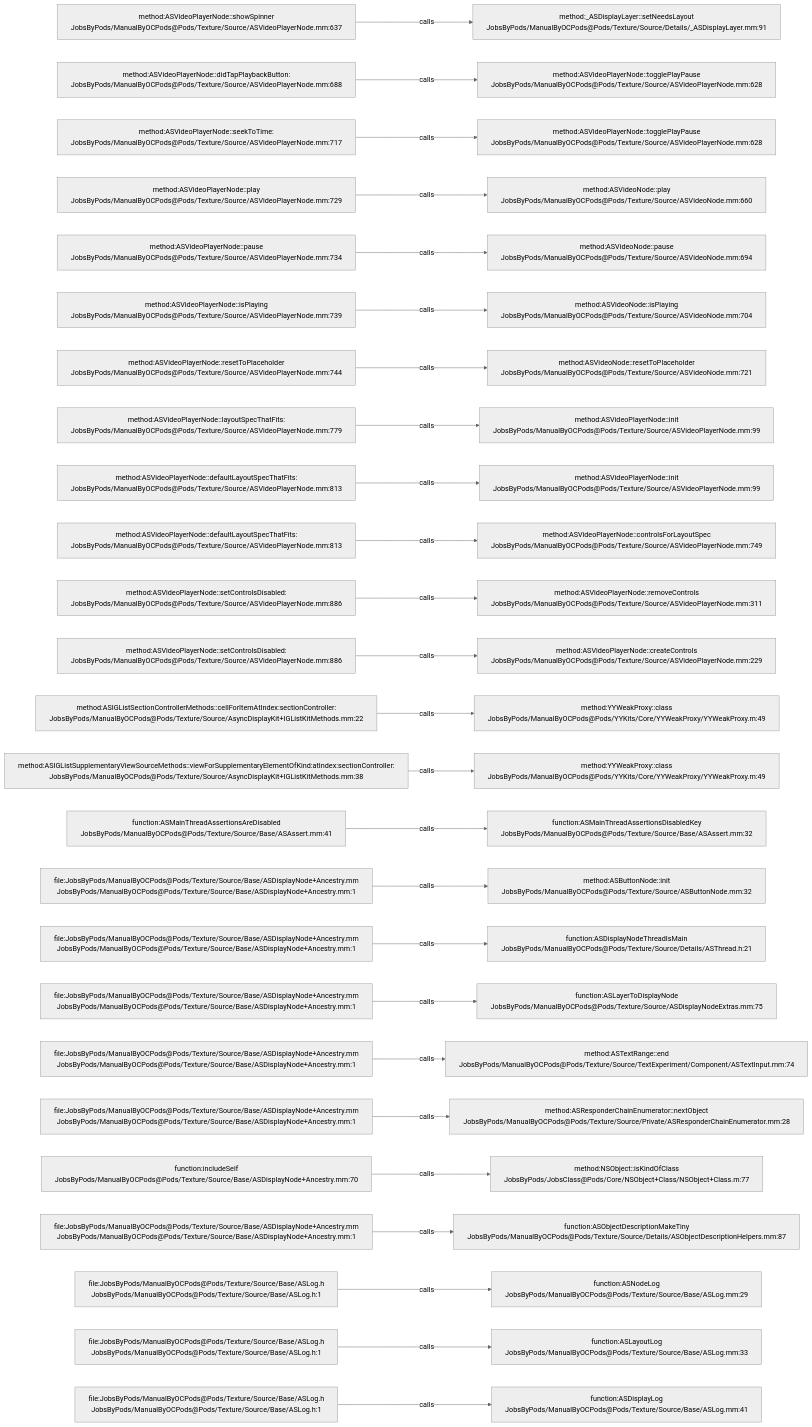
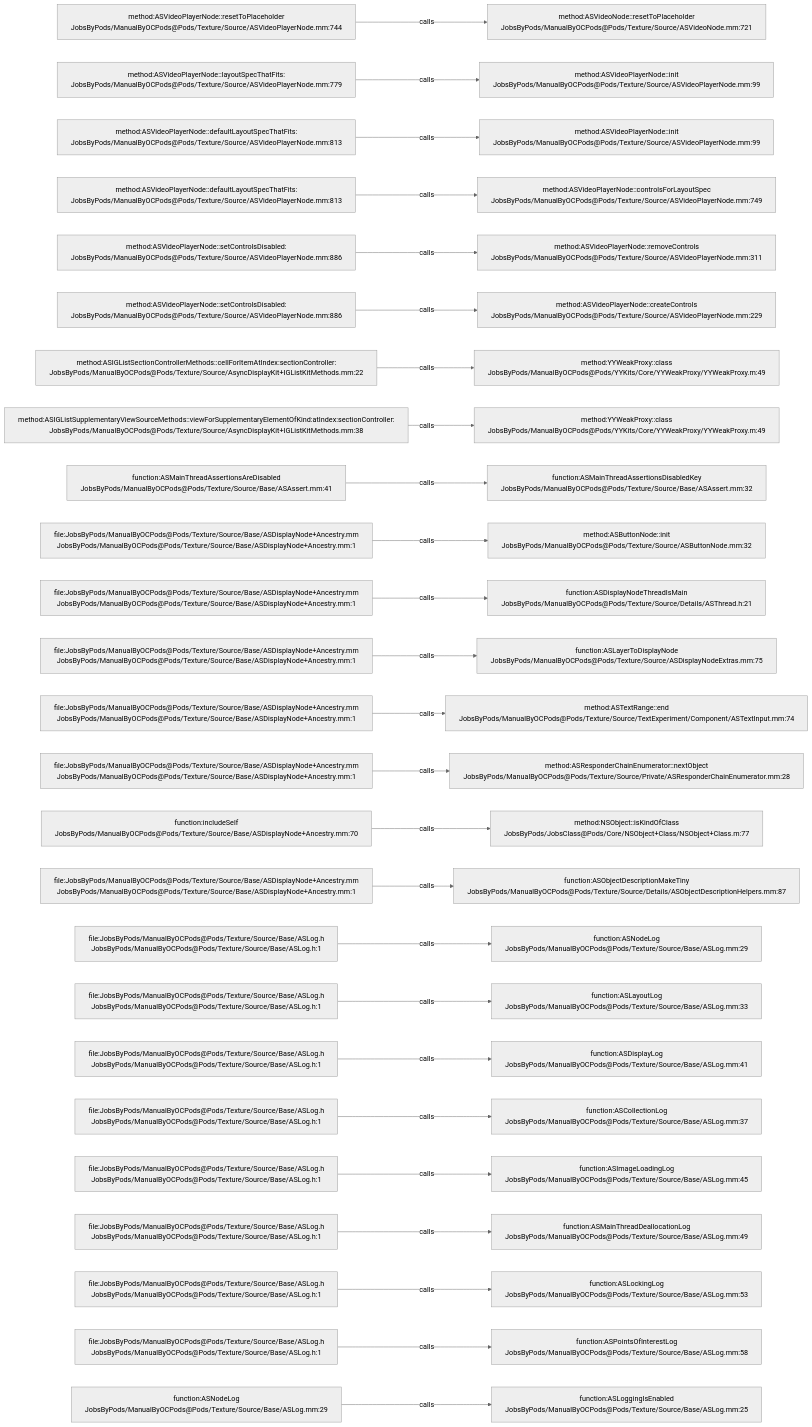
Before and after one commit to JobsKits/JobsOCBaseConfigDemo: the diagram in .codegraph/codegraph.md/graphs/calls-139.md, drawn with Mermaid (neutral theme). The commit also changed 666 other files, not shown here.

````diff
--- a/.codegraph/codegraph.md/graphs/calls-139.md
+++ b/.codegraph/codegraph.md/graphs/calls-139.md
@@ -13,78 +13,78 @@
 ```mermaid
 flowchart LR
-  S1["method:ASVideoPlayerNode::showSpinner<br/>JobsByPods/ManualByOCPods@Pods/Texture/Source/ASVideoPlayerNode.mm:637"]
-  T1["method:_ASDisplayLayer::setNeedsLayout<br/>JobsByPods/ManualByOCPods@Pods/Texture/Source/Details/_ASDisplayLayer.mm:91"]
+  S1["method:ASVideoPlayerNode::resetToPlaceholder<br/>JobsByPods/ManualByOCPods@Pods/Texture/Source/ASVideoPlayerNode.mm:744"]
+  T1["method:ASVideoNode::resetToPlaceholder<br/>JobsByPods/ManualByOCPods@Pods/Texture/Source/ASVideoNode.mm:721"]
   S1 -->|calls| T1
-  S2["method:ASVideoPlayerNode::didTapPlaybackButton:<br/>JobsByPods/ManualByOCPods@Pods/Texture/Source/ASVideoPlayerNode.mm:688"]
-  T2["method:ASVideoPlayerNode::togglePlayPause<br/>JobsByPods/ManualByOCPods@Pods/Texture/Source/ASVideoPlayerNode.mm:628"]
+  S2["method:ASVideoPlayerNode::layoutSpecThatFits:<br/>JobsByPods/ManualByOCPods@Pods/Texture/Source/ASVideoPlayerNode.mm:779"]
+  T2["method:ASVideoPlayerNode::init<br/>JobsByPods/ManualByOCPods@Pods/Texture/Source/ASVideoPlayerNode.mm:99"]
   S2 -->|calls| T2
-  S3["method:ASVideoPlayerNode::seekToTime:<br/>JobsByPods/ManualByOCPods@Pods/Texture/Source/ASVideoPlayerNode.mm:717"]
-  T3["method:ASVideoPlayerNode::togglePlayPause<br/>JobsByPods/ManualByOCPods@Pods/Texture/Source/ASVideoPlayerNode.mm:628"]
+  S3["method:ASVideoPlayerNode::defaultLayoutSpecThatFits:<br/>JobsByPods/ManualByOCPods@Pods/Texture/Source/ASVideoPlayerNode.mm:813"]
+  T3["method:ASVideoPlayerNode::init<br/>JobsByPods/ManualByOCPods@Pods/Texture/Source/ASVideoPlayerNode.mm:99"]
   S3 -->|calls| T3
-  S4["method:ASVideoPlayerNode::play<br/>JobsByPods/ManualByOCPods@Pods/Texture/Source/ASVideoPlayerNode.mm:729"]
-  T4["method:ASVideoNode::play<br/>JobsByPods/ManualByOCPods@Pods/Texture/Source/ASVideoNode.mm:660"]
+  S4["method:ASVideoPlayerNode::defaultLayoutSpecThatFits:<br/>JobsByPods/ManualByOCPods@Pods/Texture/Source/ASVideoPlayerNode.mm:813"]
+  T4["method:ASVideoPlayerNode::controlsForLayoutSpec<br/>JobsByPods/ManualByOCPods@Pods/Texture/Source/ASVideoPlayerNode.mm:749"]
   S4 -->|calls| T4
-  S5["method:ASVideoPlayerNode::pause<br/>JobsByPods/ManualByOCPods@Pods/Texture/Source/ASVideoPlayerNode.mm:734"]
-  T5["method:ASVideoNode::pause<br/>JobsByPods/ManualByOCPods@Pods/Texture/Source/ASVideoNode.mm:694"]
+  S5["method:ASVideoPlayerNode::setControlsDisabled:<br/>JobsByPods/ManualByOCPods@Pods/Texture/Source/ASVideoPlayerNode.mm:886"]
+  T5["method:ASVideoPlayerNode::removeControls<br/>JobsByPods/ManualByOCPods@Pods/Texture/Source/ASVideoPlayerNode.mm:311"]
   S5 -->|calls| T5
-  S6["method:ASVideoPlayerNode::isPlaying<br/>JobsByPods/ManualByOCPods@Pods/Texture/Source/ASVideoPlayerNode.mm:739"]
-  T6["method:ASVideoNode::isPlaying<br/>JobsByPods/ManualByOCPods@Pods/Texture/Source/ASVideoNode.mm:704"]
+  S6["method:ASVideoPlayerNode::setControlsDisabled:<br/>JobsByPods/ManualByOCPods@Pods/Texture/Source/ASVideoPlayerNode.mm:886"]
+  T6["method:ASVideoPlayerNode::createControls<br/>JobsByPods/ManualByOCPods@Pods/Texture/Source/ASVideoPlayerNode.mm:229"]
   S6 -->|calls| T6
-  S7["method:ASVideoPlayerNode::resetToPlaceholder<br/>JobsByPods/ManualByOCPods@Pods/Texture/Source/ASVideoPlayerNode.mm:744"]
-  T7["method:ASVideoNode::resetToPlaceholder<br/>JobsByPods/ManualByOCPods@Pods/Texture/Source/ASVideoNode.mm:721"]
+  S7["method:ASIGListSectionControllerMethods::cellForItemAtIndex:sectionController:<br/>JobsByPods/ManualByOCPods@Pods/Texture/Source/AsyncDisplayKit+IGListKitMethods.mm:22"]
+  T7["method:YYWeakProxy::class<br/>JobsByPods/ManualByOCPods@Pods/YYKits/Core/YYWeakProxy/YYWeakProxy.m:49"]
   S7 -->|calls| T7
-  S8["method:ASVideoPlayerNode::layoutSpecThatFits:<br/>JobsByPods/ManualByOCPods@Pods/Texture/Source/ASVideoPlayerNode.mm:779"]
-  T8["method:ASVideoPlayerNode::init<br/>JobsByPods/ManualByOCPods@Pods/Texture/Source/ASVideoPlayerNode.mm:99"]
+  S8["method:ASIGListSupplementaryViewSourceMethods::viewForSupplementaryElementOfKind:atIndex:sectionController:<br/>JobsByPods/ManualByOCPods@Pods/Texture/Source/AsyncDisplayKit+IGListKitMethods.mm:38"]
+  T8["method:YYWeakProxy::class<br/>JobsByPods/ManualByOCPods@Pods/YYKits/Core/YYWeakProxy/YYWeakProxy.m:49"]
   S8 -->|calls| T8
-  S9["method:ASVideoPlayerNode::defaultLayoutSpecThatFits:<br/>JobsByPods/ManualByOCPods@Pods/Texture/Source/ASVideoPlayerNode.mm:813"]
-  T9["method:ASVideoPlayerNode::init<br/>JobsByPods/ManualByOCPods@Pods/Texture/Source/ASVideoPlayerNode.mm:99"]
+  S9["function:ASMainThreadAssertionsAreDisabled<br/>JobsByPods/ManualByOCPods@Pods/Texture/Source/Base/ASAssert.mm:41"]
+  T9["function:ASMainThreadAssertionsDisabledKey<br/>JobsByPods/ManualByOCPods@Pods/Texture/Source/Base/ASAssert.mm:32"]
   S9 -->|calls| T9
-  S10["method:ASVideoPlayerNode::defaultLayoutSpecThatFits:<br/>JobsByPods/ManualByOCPods@Pods/Texture/Source/ASVideoPlayerNode.mm:813"]
-  T10["method:ASVideoPlayerNode::controlsForLayoutSpec<br/>JobsByPods/ManualByOCPods@Pods/Texture/Source/ASVideoPlayerNode.mm:749"]
+  S10["file:JobsByPods/ManualByOCPods@Pods/Texture/Source/Base/ASDisplayNode+Ancestry.mm<br/>JobsByPods/ManualByOCPods@Pods/Texture/Source/Base/ASDisplayNode+Ancestry.mm:1"]
+  T10["method:ASButtonNode::init<br/>JobsByPods/ManualByOCPods@Pods/Texture/Source/ASButtonNode.mm:32"]
   S10 -->|calls| T10
-  S11["method:ASVideoPlayerNode::setControlsDisabled:<br/>JobsByPods/ManualByOCPods@Pods/Texture/Source/ASVideoPlayerNode.mm:886"]
-  T11["method:ASVideoPlayerNode::removeControls<br/>JobsByPods/ManualByOCPods@Pods/Texture/Source/ASVideoPlayerNode.mm:311"]
+  S11["file:JobsByPods/ManualByOCPods@Pods/Texture/Source/Base/ASDisplayNode+Ancestry.mm<br/>JobsByPods/ManualByOCPods@Pods/Texture/Source/Base/ASDisplayNode+Ancestry.mm:1"]
+  T11["function:ASDisplayNodeThreadIsMain<br/>JobsByPods/ManualByOCPods@Pods/Texture/Source/Details/ASThread.h:21"]
   S11 -->|calls| T11
-  S12["method:ASVideoPlayerNode::setControlsDisabled:<br/>JobsByPods/ManualByOCPods@Pods/Texture/Source/ASVideoPlayerNode.mm:886"]
-  T12["method:ASVideoPlayerNode::createControls<br/>JobsByPods/ManualByOCPods@Pods/Texture/Source/ASVideoPlayerNode.mm:229"]
+  S12["file:JobsByPods/ManualByOCPods@Pods/Texture/Source/Base/ASDisplayNode+Ancestry.mm<br/>JobsByPods/ManualByOCPods@Pods/Texture/Source/Base/ASDisplayNode+Ancestry.mm:1"]
+  T12["function:ASLayerToDisplayNode<br/>JobsByPods/ManualByOCPods@Pods/Texture/Source/ASDisplayNodeExtras.mm:75"]
   S12 -->|calls| T12
-  S13["method:ASIGListSectionControllerMethods::cellForItemAtIndex:sectionController:<br/>JobsByPods/ManualByOCPods@Pods/Texture/Source/AsyncDisplayKit+IGListKitMethods.mm:22"]
-  T13["method:YYWeakProxy::class<br/>JobsByPods/ManualByOCPods@Pods/YYKits/Core/YYWeakProxy/YYWeakProxy.m:49"]
+  S13["file:JobsByPods/ManualByOCPods@Pods/Texture/Source/Base/ASDisplayNode+Ancestry.mm<br/>JobsByPods/ManualByOCPods@Pods/Texture/Source/Base/ASDisplayNode+Ancestry.mm:1"]
+  T13["method:ASTextRange::end<br/>JobsByPods/ManualByOCPods@Pods/Texture/Source/TextExperiment/Component/ASTextInput.mm:74"]
   S13 -->|calls| T13
-  S14["method:ASIGListSupplementaryViewSourceMethods::viewForSupplementaryElementOfKind:atIndex:sectionController:<br/>JobsByPods/ManualByOCPods@Pods/Texture/Source/AsyncDisplayKit+IGListKitMethods.mm:38"]
-  T14["method:YYWeakProxy::class<br/>JobsByPods/ManualByOCPods@Pods/YYKits/Core/YYWeakProxy/YYWeakProxy.m:49"]
+  S14["file:JobsByPods/ManualByOCPods@Pods/Texture/Source/Base/ASDisplayNode+Ancestry.mm<br/>JobsByPods/ManualByOCPods@Pods/Texture/Source/Base/ASDisplayNode+Ancestry.mm:1"]
+  T14["method:ASResponderChainEnumerator::nextObject<br/>JobsByPods/ManualByOCPods@Pods/Texture/Source/Private/ASResponderChainEnumerator.mm:28"]
   S14 -->|calls| T14
-  S15["function:ASMainThreadAssertionsAreDisabled<br/>JobsByPods/ManualByOCPods@Pods/Texture/Source/Base/ASAssert.mm:41"]
-  T15["function:ASMainThreadAssertionsDisabledKey<br/>JobsByPods/ManualByOCPods@Pods/Texture/Source/Base/ASAssert.mm:32"]
+  S15["function:includeSelf<br/>JobsByPods/ManualByOCPods@Pods/Texture/Source/Base/ASDisplayNode+Ancestry.mm:70"]
+  T15["method:NSObject::isKindOfClass<br/>JobsByPods/JobsClass@Pods/Core/NSObject+Class/NSObject+Class.m:77"]
   S15 -->|calls| T15
   S16["file:JobsByPods/ManualByOCPods@Pods/Texture/Source/Base/ASDisplayNode+Ancestry.mm<br/>JobsByPods/ManualByOCPods@Pods/Texture/Source/Base/ASDisplayNode+Ancestry.mm:1"]
-  T16["method:ASButtonNode::init<br/>JobsByPods/ManualByOCPods@Pods/Texture/Source/ASButtonNode.mm:32"]
+  T16["function:ASObjectDescriptionMakeTiny<br/>JobsByPods/ManualByOCPods@Pods/Texture/Source/Details/ASObjectDescriptionHelpers.mm:87"]
   S16 -->|calls| T16
-  S17["file:JobsByPods/ManualByOCPods@Pods/Texture/Source/Base/ASDisplayNode+Ancestry.mm<br/>JobsByPods/ManualByOCPods@Pods/Texture/Source/Base/ASDisplayNode+Ancestry.mm:1"]
-  T17["function:ASDisplayNodeThreadIsMain<br/>JobsByPods/ManualByOCPods@Pods/Texture/Source/Details/ASThread.h:21"]
+  S17["file:JobsByPods/ManualByOCPods@Pods/Texture/Source/Base/ASLog.h<br/>JobsByPods/ManualByOCPods@Pods/Texture/Source/Base/ASLog.h:1"]
+  T17["function:ASNodeLog<br/>JobsByPods/ManualByOCPods@Pods/Texture/Source/Base/ASLog.mm:29"]
   S17 -->|calls| T17
-  S18["file:JobsByPods/ManualByOCPods@Pods/Texture/Source/Base/ASDisplayNode+Ancestry.mm<br/>JobsByPods/ManualByOCPods@Pods/Texture/Source/Base/ASDisplayNode+Ancestry.mm:1"]
-  T18["function:ASLayerToDisplayNode<br/>JobsByPods/ManualByOCPods@Pods/Texture/Source/ASDisplayNodeExtras.mm:75"]
+  S18["file:JobsByPods/ManualByOCPods@Pods/Texture/Source/Base/ASLog.h<br/>JobsByPods/ManualByOCPods@Pods/Texture/Source/Base/ASLog.h:1"]
+  T18["function:ASLayoutLog<br/>JobsByPods/ManualByOCPods@Pods/Texture/Source/Base/ASLog.mm:33"]
   S18 -->|calls| T18
-  S19["file:JobsByPods/ManualByOCPods@Pods/Texture/Source/Base/ASDisplayNode+Ancestry.mm<br/>JobsByPods/ManualByOCPods@Pods/Texture/Source/Base/ASDisplayNode+Ancestry.mm:1"]
-  T19["method:ASTextRange::end<br/>JobsByPods/ManualByOCPods@Pods/Texture/Source/TextExperiment/Component/ASTextInput.mm:74"]
+  S19["file:JobsByPods/ManualByOCPods@Pods/Texture/Source/Base/ASLog.h<br/>JobsByPods/ManualByOCPods@Pods/Texture/Source/Base/ASLog.h:1"]
+  T19["function:ASDisplayLog<br/>JobsByPods/ManualByOCPods@Pods/Texture/Source/Base/ASLog.mm:41"]
   S19 -->|calls| T19
-  S20["file:JobsByPods/ManualByOCPods@Pods/Texture/Source/Base/ASDisplayNode+Ancestry.mm<br/>JobsByPods/ManualByOCPods@Pods/Texture/Source/Base/ASDisplayNode+Ancestry.mm:1"]
-  T20["method:ASResponderChainEnumerator::nextObject<br/>JobsByPods/ManualByOCPods@Pods/Texture/Source/Private/ASResponderChainEnumerator.mm:28"]
+  S20["file:JobsByPods/ManualByOCPods@Pods/Texture/Source/Base/ASLog.h<br/>JobsByPods/ManualByOCPods@Pods/Texture/Source/Base/ASLog.h:1"]
+  T20["function:ASCollectionLog<br/>JobsByPods/ManualByOCPods@Pods/Texture/Source/Base/ASLog.mm:37"]
   S20 -->|calls| T20
-  S21["function:includeSelf<br/>JobsByPods/ManualByOCPods@Pods/Texture/Source/Base/ASDisplayNode+Ancestry.mm:70"]
-  T21["method:NSObject::isKindOfClass<br/>JobsByPods/JobsClass@Pods/Core/NSObject+Class/NSObject+Class.m:77"]
+  S21["file:JobsByPods/ManualByOCPods@Pods/Texture/Source/Base/ASLog.h<br/>JobsByPods/ManualByOCPods@Pods/Texture/Source/Base/ASLog.h:1"]
+  T21["function:ASImageLoadingLog<br/>JobsByPods/ManualByOCPods@Pods/Texture/Source/Base/ASLog.mm:45"]
   S21 -->|calls| T21
-  S22["file:JobsByPods/ManualByOCPods@Pods/Texture/Source/Base/ASDisplayNode+Ancestry.mm<br/>JobsByPods/ManualByOCPods@Pods/Texture/Source/Base/ASDisplayNode+Ancestry.mm:1"]
-  T22["function:ASObjectDescriptionMakeTiny<br/>JobsByPods/ManualByOCPods@Pods/Texture/Source/Details/ASObjectDescriptionHelpers.mm:87"]
+  S22["file:JobsByPods/ManualByOCPods@Pods/Texture/Source/Base/ASLog.h<br/>JobsByPods/ManualByOCPods@Pods/Texture/Source/Base/ASLog.h:1"]
+  T22["function:ASMainThreadDeallocationLog<br/>JobsByPods/ManualByOCPods@Pods/Texture/Source/Base/ASLog.mm:49"]
   S22 -->|calls| T22
   S23["file:JobsByPods/ManualByOCPods@Pods/Texture/Source/Base/ASLog.h<br/>JobsByPods/ManualByOCPods@Pods/Texture/Source/Base/ASLog.h:1"]
-  T23["function:ASNodeLog<br/>JobsByPods/ManualByOCPods@Pods/Texture/Source/Base/ASLog.mm:29"]
+  T23["function:ASLockingLog<br/>JobsByPods/ManualByOCPods@Pods/Texture/Source/Base/ASLog.mm:53"]
   S23 -->|calls| T23
   S24["file:JobsByPods/ManualByOCPods@Pods/Texture/Source/Base/ASLog.h<br/>JobsByPods/ManualByOCPods@Pods/Texture/Source/Base/ASLog.h:1"]
-  T24["function:ASLayoutLog<br/>JobsByPods/ManualByOCPods@Pods/Texture/Source/Base/ASLog.mm:33"]
+  T24["function:ASPointsOfInterestLog<br/>JobsByPods/ManualByOCPods@Pods/Texture/Source/Base/ASLog.mm:58"]
   S24 -->|calls| T24
-  S25["file:JobsByPods/ManualByOCPods@Pods/Texture/Source/Base/ASLog.h<br/>JobsByPods/ManualByOCPods@Pods/Texture/Source/Base/ASLog.h:1"]
-  T25["function:ASDisplayLog<br/>JobsByPods/ManualByOCPods@Pods/Texture/Source/Base/ASLog.mm:41"]
+  S25["function:ASNodeLog<br/>JobsByPods/ManualByOCPods@Pods/Texture/Source/Base/ASLog.mm:29"]
+  T25["function:ASLoggingIsEnabled<br/>JobsByPods/ManualByOCPods@Pods/Texture/Source/Base/ASLog.mm:25"]
   S25 -->|calls| T25
 ```
````
